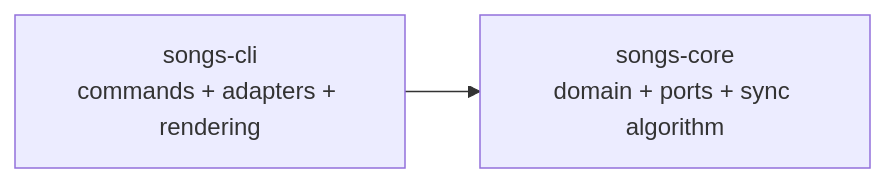
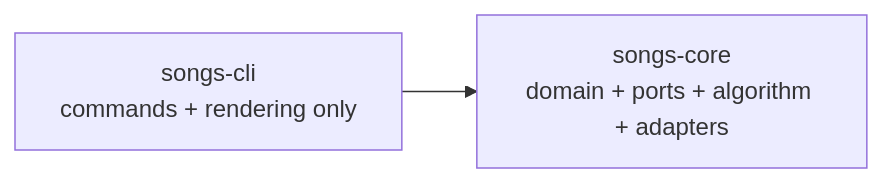
Before and after one commit to durczokj/songs: the first of 2 diagrams in docs/rewrite-plan.md, drawn with Mermaid. The commit also changed other lines of this file and 27 other files, not shown here.

Commit message:
Move adapters into songs-core so the CLI is a thin layer

````diff
--- a/docs/rewrite-plan.md
+++ b/docs/rewrite-plan.md
@@ -64,4 +64,4 @@
 ```mermaid
 flowchart LR
-    CLI[songs-cli<br/>commands + adapters + rendering] --> Core[songs-core<br/>domain + ports + sync algorithm]
+    CLI[songs-cli<br/>commands + rendering only] --> Core[songs-core<br/>domain + ports + algorithm + adapters]
 ```
````
